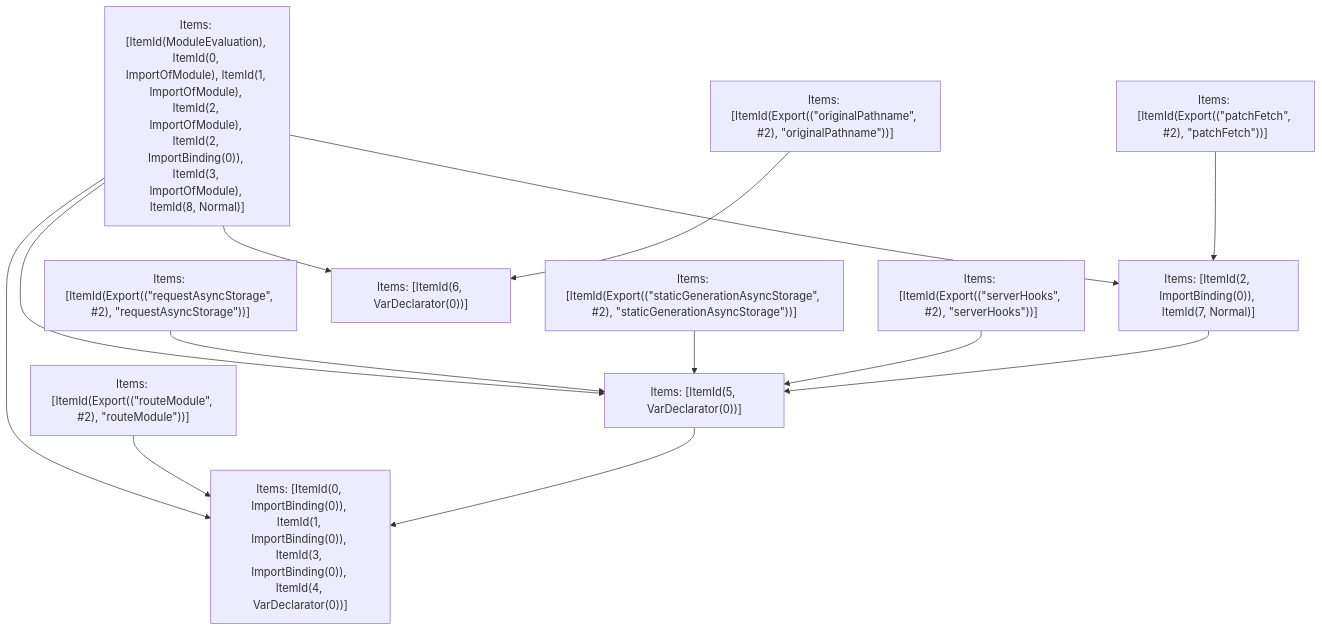
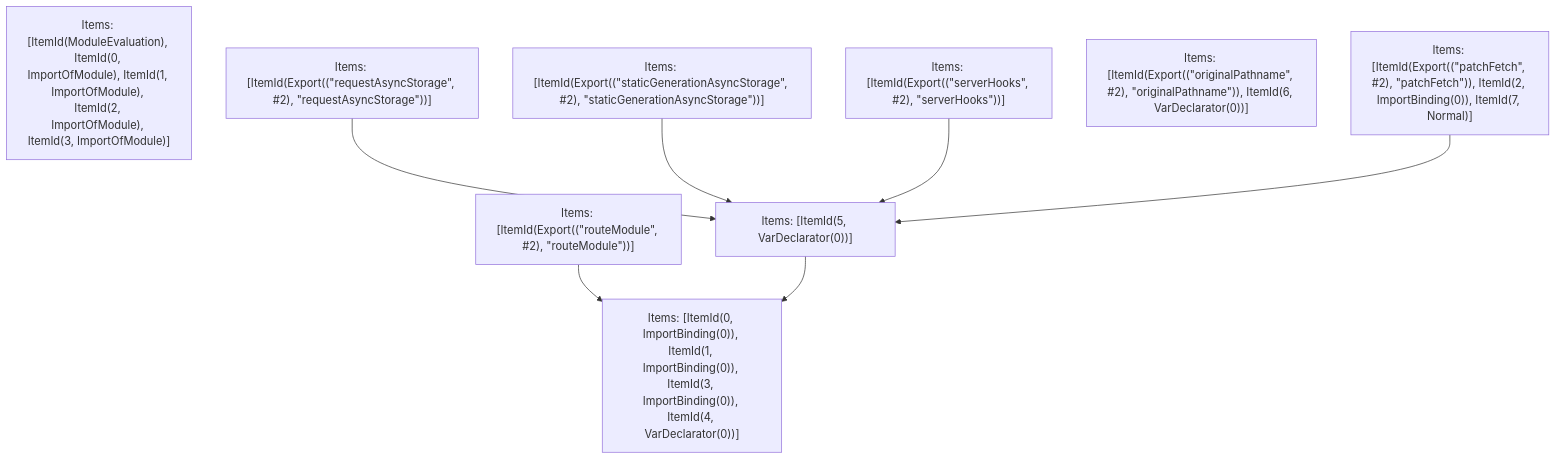
Before and after one commit to vercel/turborepo: the fifth of 5 diagrams in crates/turbopack-ecmascript/tests/tree-shaker/analyzer/app-route/output.md, drawn with Mermaid. The commit also changed other lines of this file and 3 other files, not shown here.

````diff
--- a/crates/turbopack-ecmascript/tests/tree-shaker/analyzer/app-route/output.md
+++ b/crates/turbopack-ecmascript/tests/tree-shaker/analyzer/app-route/output.md
@@ -358,26 +316,18 @@
 ```mermaid
 graph TD
-    N0["Items: [ItemId(ModuleEvaluation), ItemId(0, ImportOfModule), ItemId(1, ImportOfModule), ItemId(2, ImportOfModule), ItemId(2, ImportBinding(0)), ItemId(3, ImportOfModule), ItemId(8, Normal)]"];
+    N0["Items: [ItemId(ModuleEvaluation), ItemId(0, ImportOfModule), ItemId(1, ImportOfModule), ItemId(2, ImportOfModule), ItemId(3, ImportOfModule)]"];
     N1["Items: [ItemId(Export((&quot;routeModule&quot;, #2), &quot;routeModule&quot;))]"];
     N2["Items: [ItemId(Export((&quot;requestAsyncStorage&quot;, #2), &quot;requestAsyncStorage&quot;))]"];
     N3["Items: [ItemId(Export((&quot;staticGenerationAsyncStorage&quot;, #2), &quot;staticGenerationAsyncStorage&quot;))]"];
     N4["Items: [ItemId(Export((&quot;serverHooks&quot;, #2), &quot;serverHooks&quot;))]"];
-    N5["Items: [ItemId(Export((&quot;originalPathname&quot;, #2), &quot;originalPathname&quot;))]"];
-    N6["Items: [ItemId(Export((&quot;patchFetch&quot;, #2), &quot;patchFetch&quot;))]"];
+    N5["Items: [ItemId(Export((&quot;originalPathname&quot;, #2), &quot;originalPathname&quot;)), ItemId(6, VarDeclarator(0))]"];
+    N6["Items: [ItemId(Export((&quot;patchFetch&quot;, #2), &quot;patchFetch&quot;)), ItemId(2, ImportBinding(0)), ItemId(7, Normal)]"];
     N7["Items: [ItemId(0, ImportBinding(0)), ItemId(1, ImportBinding(0)), ItemId(3, ImportBinding(0)), ItemId(4, VarDeclarator(0))]"];
     N8["Items: [ItemId(5, VarDeclarator(0))]"];
-    N9["Items: [ItemId(6, VarDeclarator(0))]"];
-    N10["Items: [ItemId(2, ImportBinding(0)), ItemId(7, Normal)]"];
-    N0 --> N7;
-    N0 --> N8;
-    N0 --> N9;
-    N0 --> N10;
     N1 --> N7;
     N2 --> N8;
     N3 --> N8;
     N4 --> N8;
-    N5 --> N9;
-    N6 --> N10;
+    N6 --> N8;
     N8 --> N7;
-    N10 --> N8;
 ```
````
